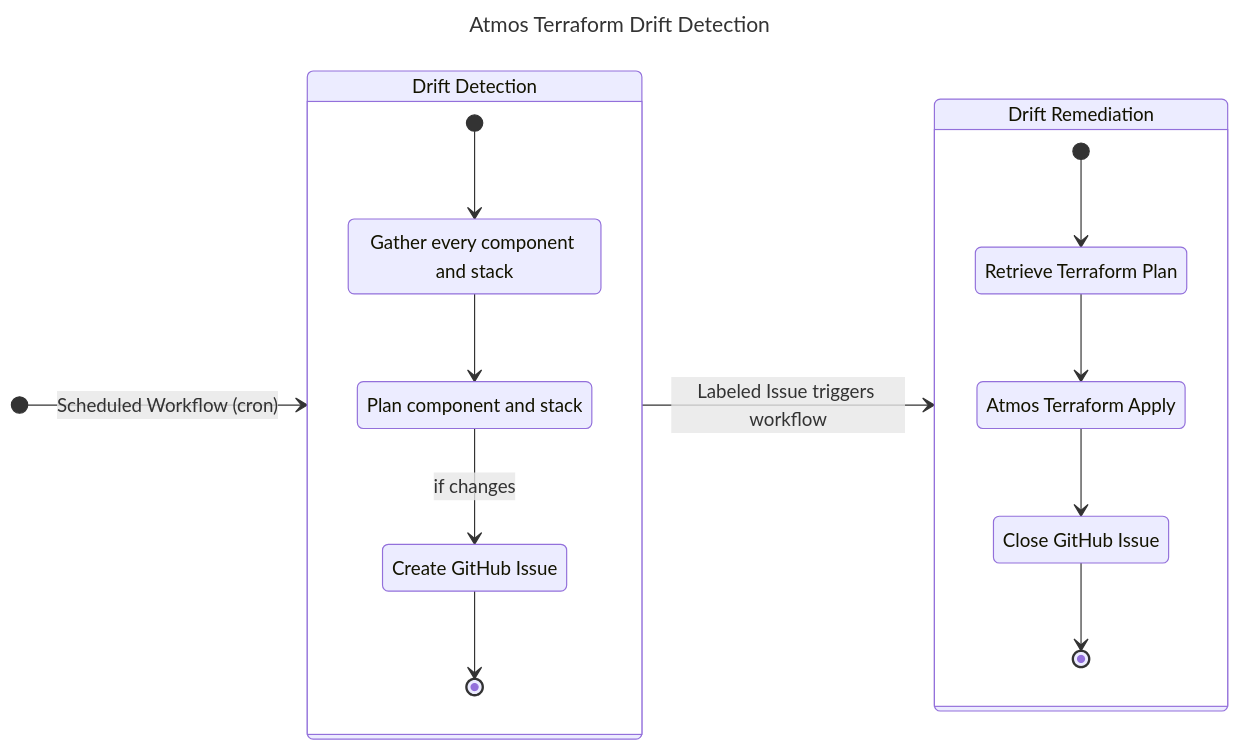
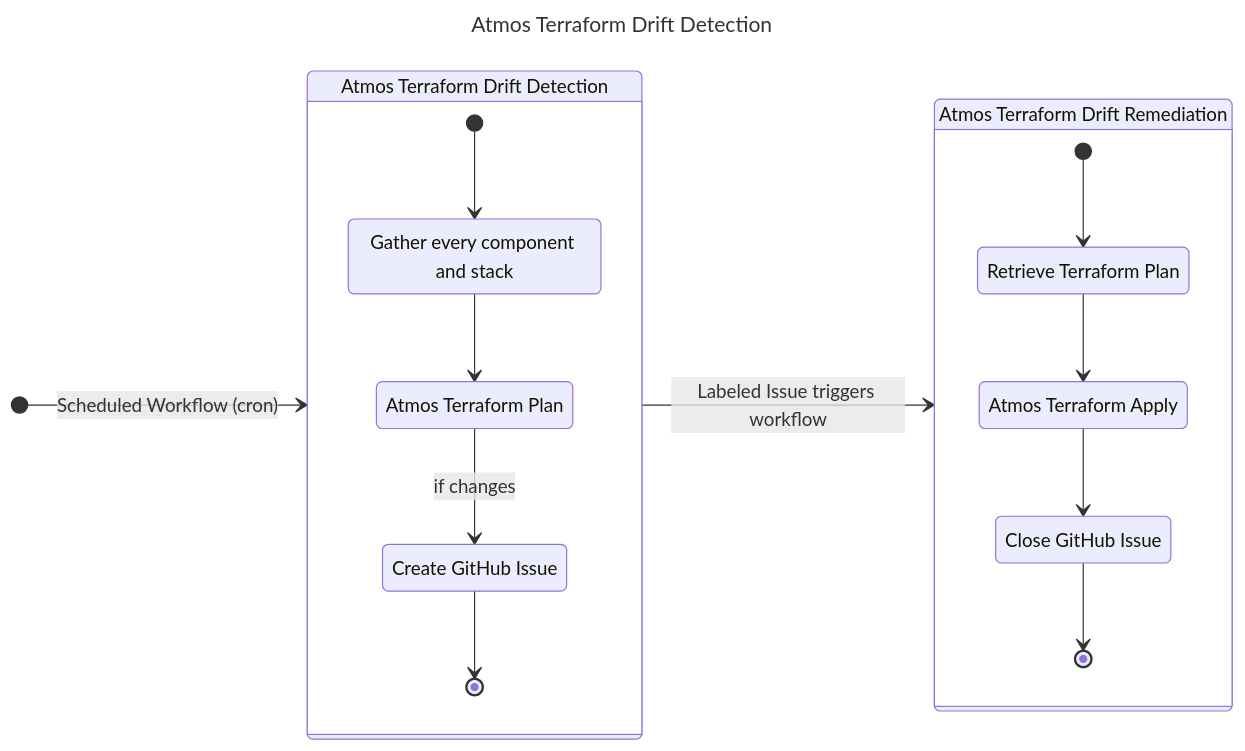
The first of 2 diagrams in website/docs/integrations/github-actions/atmos-terraform-drift-detection.md (cloudposse/atmos), drawn with Mermaid before and after one commit. The commit also changed other lines of this file, not shown here.

````diff
--- a/website/docs/integrations/github-actions/atmos-terraform-drift-detection.md
+++ b/website/docs/integrations/github-actions/atmos-terraform-drift-detection.md
@@ -23,31 +23,31 @@
 ```mermaid
 ---
 title: Atmos Terraform Drift Detection 
 ---
 stateDiagram-v2
   direction LR
   [*] --> detection : Scheduled Workflow (cron)
   detection --> remediate : Labeled Issue triggers workflow
 
-  state "Drift Detection" as detection {
+  state "Atmos Terraform Drift Detection" as detection {
     [*] --> gather
     gather --> plan
     plan --> issue : if changes
     issue --> [*]
 
     state "Gather every component and stack" as gather
-    state "Plan component and stack" as plan
+    state "Atmos Terraform Plan" as plan
     state "Create GitHub Issue" as issue 
   }
 
-  state "Drift Remediation" as remediate {
+  state "Atmos Terraform Drift Remediation" as remediate {
     [*] --> fetch
     fetch --> apply
     apply --> close
     close --> [*]
 
     state "Retrieve Terraform Plan" as fetch
     state "Atmos Terraform Apply" as apply
     state "Close GitHub Issue" as close
   }
 ```
````
